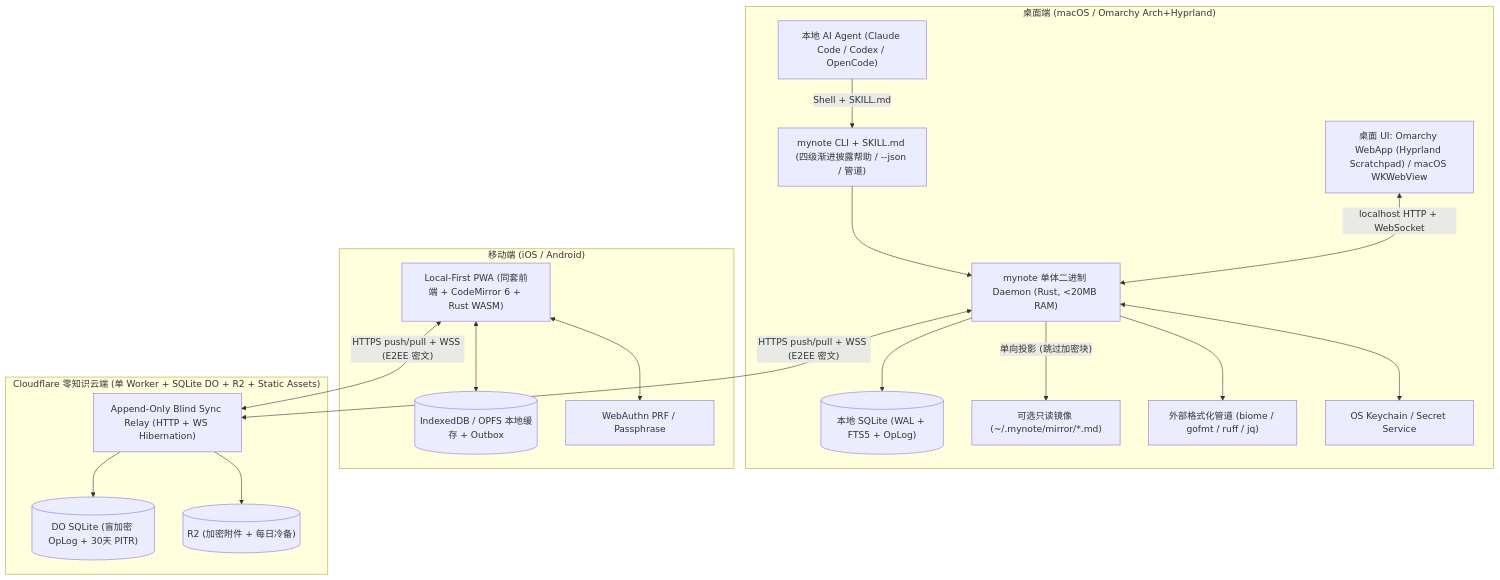
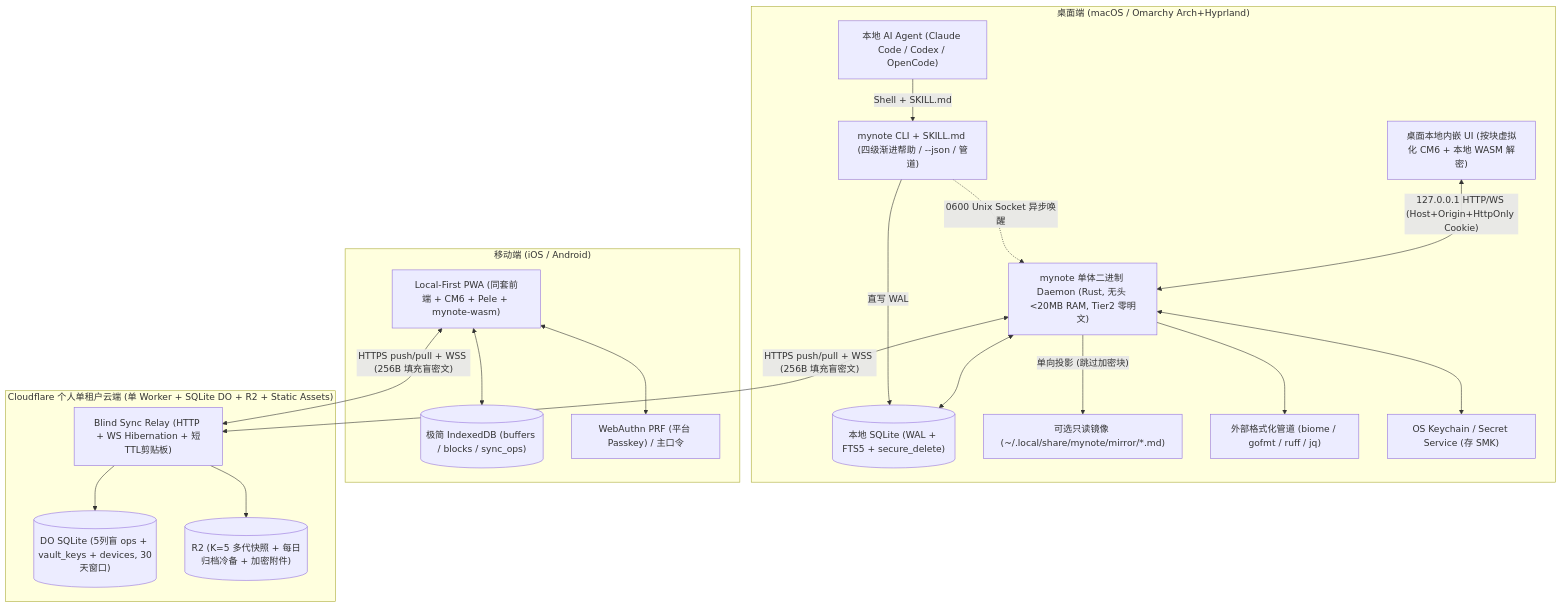
Before and after one commit to gray0128/my-note: the first of 6 diagrams in docs/architecture-proposal.md, drawn with Mermaid. The commit also changed other lines of this file and 4 other files, not shown here.

````diff
--- a/docs/architecture-proposal.md
+++ b/docs/architecture-proposal.md
@@ -214,40 +222,41 @@
 ```mermaid
 flowchart TD
     subgraph Desktop["桌面端 (macOS / Omarchy Arch+Hyprland)"]
         Agent["本地 AI Agent (Claude Code / Codex / OpenCode)"]
-        CLI["mynote CLI + SKILL.md (四级渐进披露帮助 / --json / 管道)"]
-        UI_D["桌面 UI: Omarchy WebApp (Hyprland Scratchpad) / macOS WKWebView"]
-        Daemon["mynote 单体二进制 Daemon (Rust, <20MB RAM)"]
-        DB_L[("本地 SQLite (WAL + FTS5 + OpLog)")]
-        Mirror["可选只读镜像 (~/.mynote/mirror/*.md)"]
+        CLI["mynote CLI + SKILL.md (四级渐进帮助 / --json / 管道)"]
+        UI_D["桌面本地内嵌 UI (按块虚拟化 CM6 + 本地 WASM 解密)"]
+        Daemon["mynote 单体二进制 Daemon (Rust, 无头 <20MB RAM, Tier2 零明文)"]
+        DB_L[("本地 SQLite (WAL + FTS5 + secure_delete)")]
+        Mirror["可选只读镜像 (~/.local/share/mynote/mirror/*.md)"]
         ExtFmt["外部格式化管道 (biome / gofmt / ruff / jq)"]
-        Keyring["OS Keychain / Secret Service"]
+        Keyring["OS Keychain / Secret Service (存 SMK)"]
 
         Agent -->|"Shell + SKILL.md"| CLI
-        CLI --> Daemon
-        UI_D <-->|"localhost HTTP + WebSocket"| Daemon
-        Daemon --> DB_L
+        CLI -->|"直写 WAL"| DB_L
+        CLI -.->|"0600 Unix Socket 异步唤醒"| Daemon
+        UI_D <-->|"127.0.0.1 HTTP/WS (Host+Origin+HttpOnly Cookie)"| Daemon
+        Daemon <--> DB_L
         Daemon -->|"单向投影 (跳过加密块)"| Mirror
         Daemon --> ExtFmt
         Daemon <--> Keyring
     end
 
     subgraph Mobile["移动端 (iOS / Android)"]
-        PWA["Local-First PWA (同套前端 + CodeMirror 6 + Rust WASM)"]
-        IDB[("IndexedDB / OPFS 本地缓存 + Outbox")]
-        Bio["WebAuthn PRF / Passphrase"]
+        PWA["Local-First PWA (同套前端 + CM6 + Pele + mynote-wasm)"]
+        IDB[("极简 IndexedDB (buffers / blocks / sync_ops)")]
+        Bio["WebAuthn PRF (平台 Passkey) / 主口令"]
         PWA <--> IDB
         PWA <--> Bio
     end
 
-    subgraph Cloud["Cloudflare 零知识云端 (单 Worker + SQLite DO + R2 + Static Assets)"]
-        SyncAPI["Append-Only Blind Sync Relay (HTTP + WS Hibernation)"]
-        CloudDB[("DO SQLite (盲加密 OpLog + 30天 PITR)")]
-        R2[("R2 (加密附件 + 每日冷备)")]
+    subgraph Cloud["Cloudflare 个人单租户云端 (单 Worker + SQLite DO + R2 + Static Assets)"]
+        SyncAPI["Blind Sync Relay (HTTP + WS Hibernation + 短TTL剪贴板)"]
+        CloudDB[("DO SQLite (5列盲 ops + vault_keys + devices, 30天窗口)")]
+        R2[("R2 (K=5 多代快照 + 每日归档冷备 + 加密附件)")]
         SyncAPI --> CloudDB
         SyncAPI --> R2
     end
 
-    Daemon <-->|"HTTPS push/pull + WSS (E2EE 密文)"| SyncAPI
-    PWA <-->|"HTTPS push/pull + WSS (E2EE 密文)"| SyncAPI
+    Daemon <-->|"HTTPS push/pull + WSS (256B 填充盲密文)"| SyncAPI
+    PWA <-->|"HTTPS push/pull + WSS (256B 填充盲密文)"| SyncAPI
 ```
````
